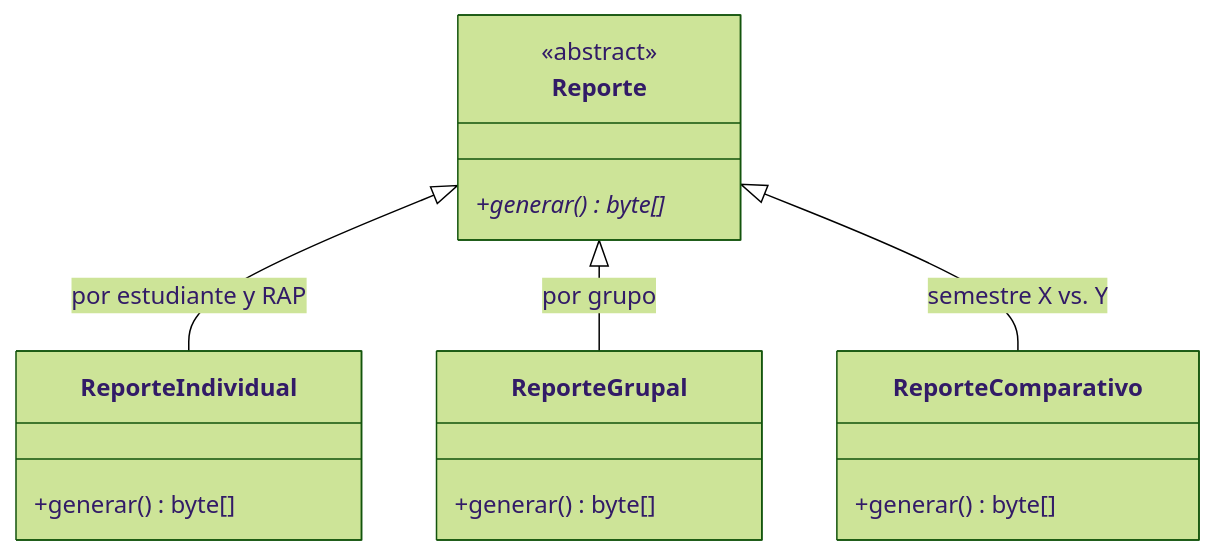
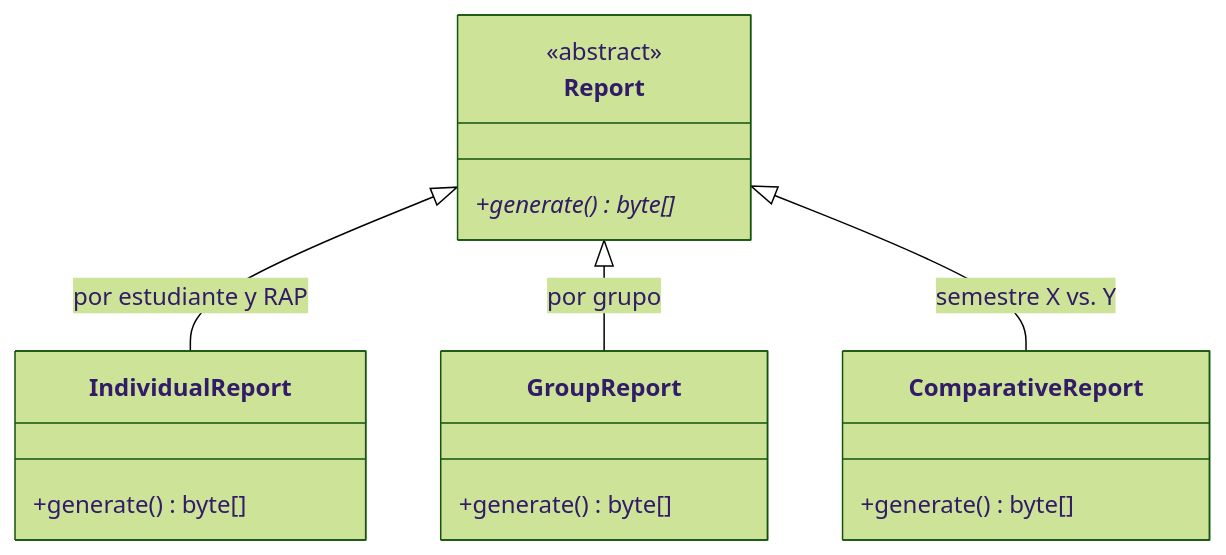
One commit to Oskarsito7/SIERAP changed the second of 6 diagrams in docs/diagramas/diagrama_jerarquias.md. Above: the diagram before and after it, drawn with Mermaid (forest theme). The commit also changed other lines of this file and 7 other files, not shown here.

````diff
--- a/docs/diagramas/diagrama_jerarquias.md
+++ b/docs/diagramas/diagrama_jerarquias.md
@@ -61,20 +63,20 @@
 ```mermaid
 classDiagram
 direction BT
-class Reporte {
+class Report {
   <<abstract>>
-  +generar()* byte[]
+  +generate()* byte[]
 }
-class ReporteIndividual {
-  +generar() byte[]
+class IndividualReport {
+  +generate() byte[]
 }
-class ReporteGrupal {
-  +generar() byte[]
+class GroupReport {
+  +generate() byte[]
 }
-class ReporteComparativo {
-  +generar() byte[]
+class ComparativeReport {
+  +generate() byte[]
 }
-ReporteIndividual --|> Reporte : por estudiante y RAP
-ReporteGrupal --|> Reporte : por grupo
-ReporteComparativo --|> Reporte : semestre X vs. Y
+IndividualReport --|> Report : por estudiante y RAP
+GroupReport --|> Report : por grupo
+ComparativeReport --|> Report : semestre X vs. Y
 ```
````
